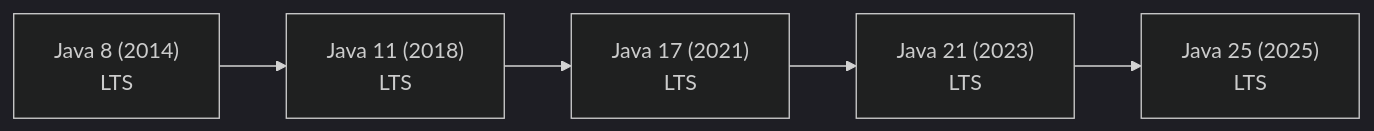
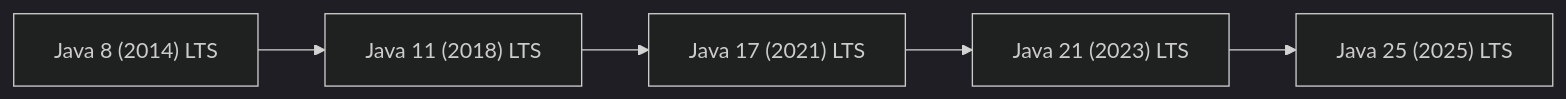
The diagram in src/modules/java/content/08-modern-java/04-version-highlights.md (mohammad-mriesh-job/cortex), drawn with Mermaid (dark theme) before and after one commit. The commit also changed other lines of this file and 257 other files, not shown here.

````diff
--- a/src/modules/java/content/08-modern-java/04-version-highlights.md
+++ b/src/modules/java/content/08-modern-java/04-version-highlights.md
@@ -19,7 +19,7 @@
 ```mermaid
 flowchart LR
-    J8["Java 8 (2014)<br/>LTS"] --> J11["Java 11 (2018)<br/>LTS"]
-    J11 --> J17["Java 17 (2021)<br/>LTS"]
-    J17 --> J21["Java 21 (2023)<br/>LTS"]
-    J21 --> J25["Java 25 (2025)<br/>LTS"]
+    J8["Java 8 (2014) LTS"] --> J11["Java 11 (2018) LTS"]
+    J11 --> J17["Java 17 (2021) LTS"]
+    J17 --> J21["Java 21 (2023) LTS"]
+    J21 --> J25["Java 25 (2025) LTS"]
 ```
````
